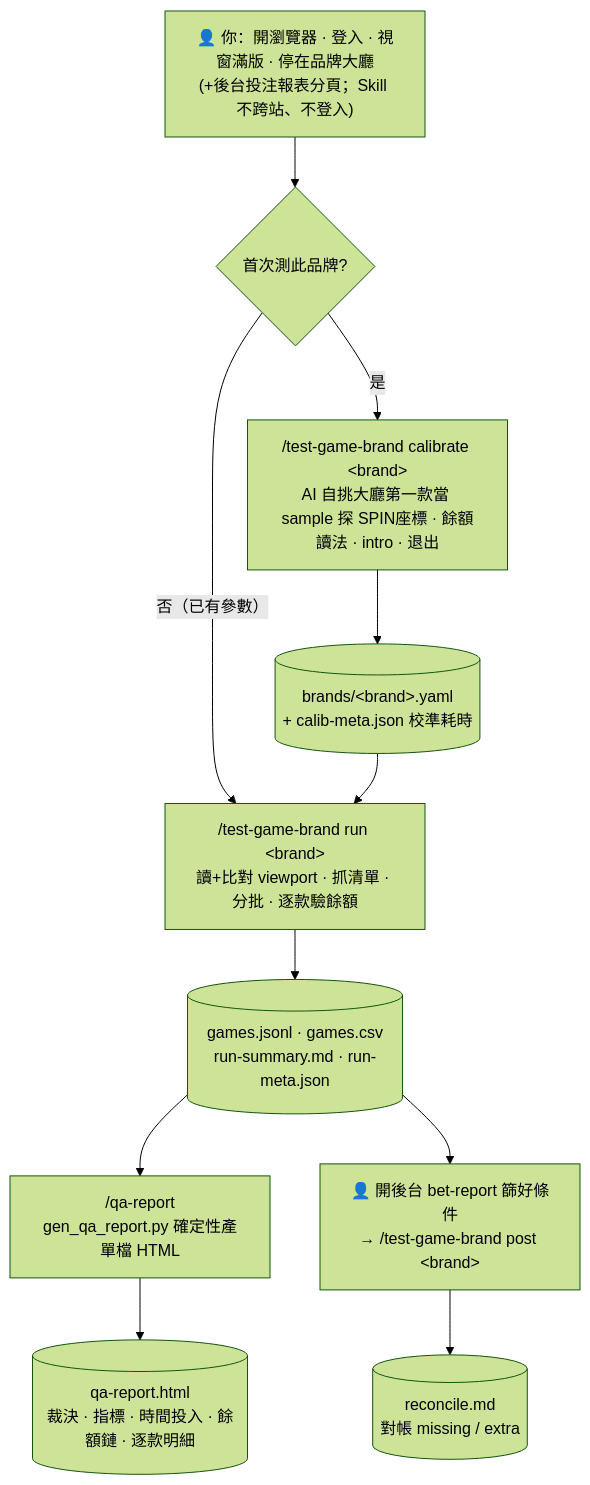
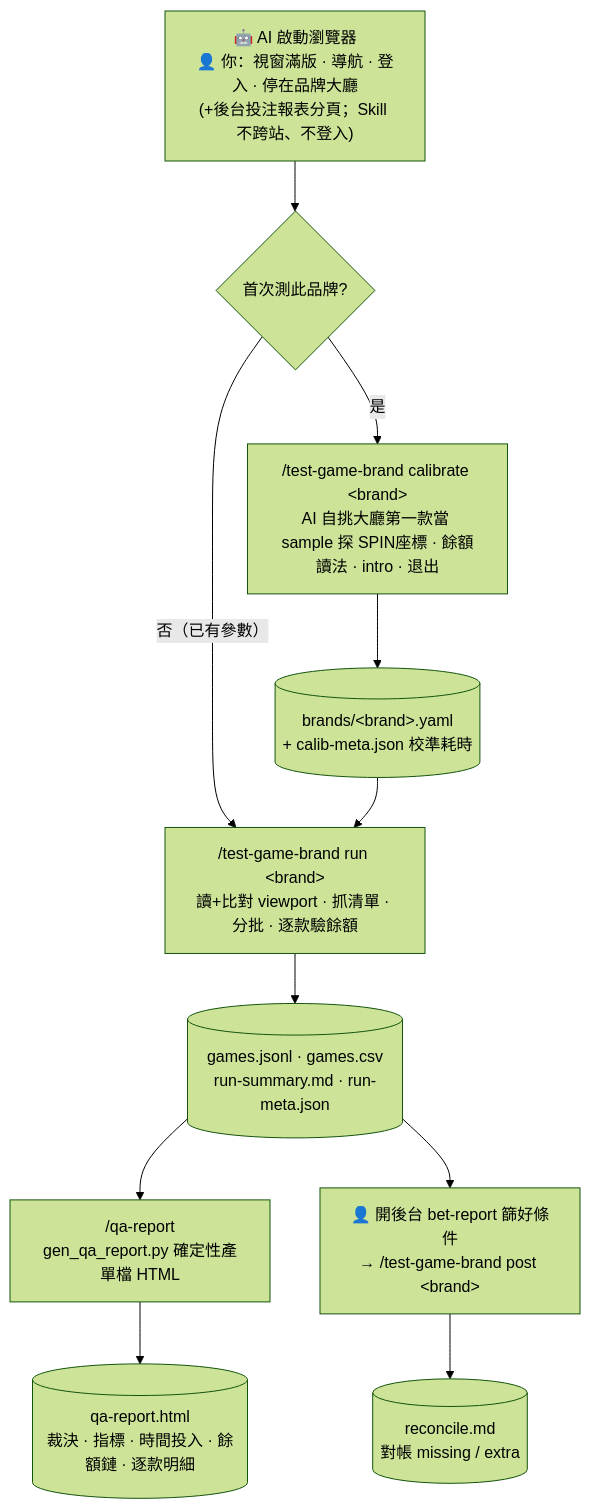
One commit to nohungry/casino-game-testing changed the diagram in README.md. Above: the diagram before and after it, drawn with Mermaid (forest theme). The commit also changed other lines of this file and 5 other files, not shown here.

````diff
--- a/README.md
+++ b/README.md
@@ -150,13 +150,13 @@
 ```mermaid
 flowchart TD
-    U["👤 你：開瀏覽器 · 登入 · 視窗滿版 · 停在品牌大廳<br/>(+後台投注報表分頁；Skill 不跨站、不登入)"] --> Q{"首次測此品牌?"}
+    U["🤖 AI 啟動瀏覽器<br/>👤 你：視窗滿版 · 導航 · 登入 · 停在品牌大廳<br/>(+後台投注報表分頁；Skill 不跨站、不登入)"] --> Q{"首次測此品牌?"}
     Q -- "是" --> CAL["/test-game-brand calibrate &lt;brand&gt;<br/>AI 自挑大廳第一款當 sample 探 SPIN座標 · 餘額讀法 · intro · 退出"]
     CAL --> CY[("brands/&lt;brand&gt;.yaml<br/>+ calib-meta.json 校準耗時")]
     Q -- "否（已有參數）" --> RUN["/test-game-brand run &lt;brand&gt;<br/>讀+比對 viewport · 抓清單 · 分批 · 逐款驗餘額"]
     CY --> RUN
     RUN --> RY[("games.jsonl · games.csv<br/>run-summary.md · run-meta.json")]
     RY --> QA["/qa-report<br/>gen_qa_report.py 確定性產單檔 HTML"]
     QA --> QY[("qa-report.html<br/>裁決 · 指標 · 時間投入 · 餘額鏈 · 逐款明細")]
     RY --> POST["👤 開後台 bet-report 篩好條件<br/>→ /test-game-brand post &lt;brand&gt;"]
     POST --> PY[("reconcile.md<br/>對帳 missing / extra")]
 ```
````
